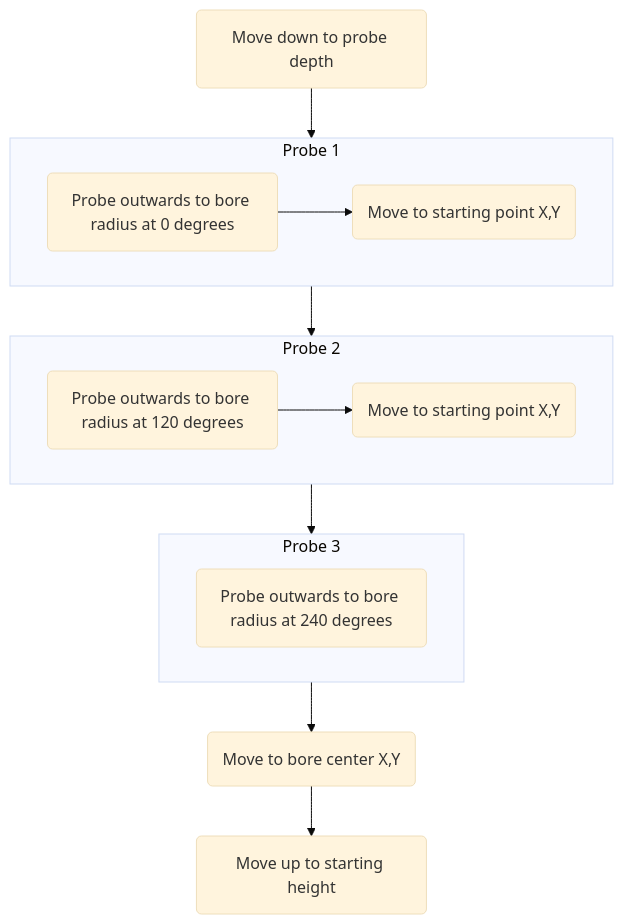
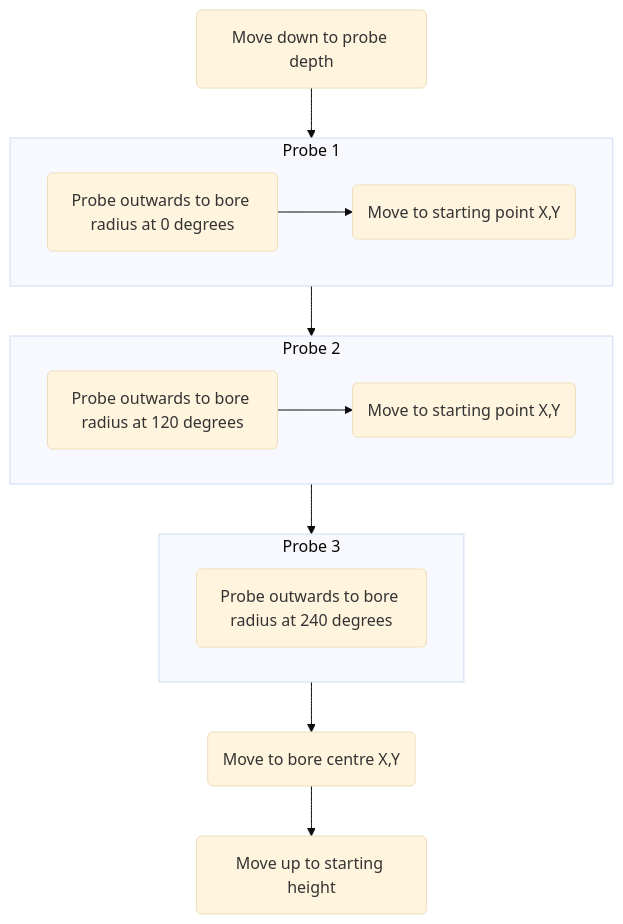
The fourth of 10 diagrams in docs/millennium-os/manual/chapters/30_usage.md (MillenniumMachines/millenniummachines.github.io), drawn with Mermaid (base theme) before and after one commit. The commit also changed other lines of this file and 2 other files, not shown here.

````diff
--- a/docs/millennium-os/manual/chapters/30_usage.md
+++ b/docs/millennium-os/manual/chapters/30_usage.md
@@ -251,19 +258,19 @@
 ```mermaid
 flowchart TB
     1(Move down to probe depth)
     subgraph P1[Probe 1]
         2(Probe outwards to bore radius at 0 degrees) -->
         3(Move to starting point X,Y)
     end
     subgraph P2[Probe 2]
         4(Probe outwards to bore radius at 120 degrees) -->
         5(Move to starting point X,Y)
     end
     subgraph P3[Probe 3]
         6(Probe outwards to bore radius at 240 degrees)
     end
-    7(Move to bore center X,Y) -->
+    7(Move to bore centre X,Y) -->
     8(Move up to starting height)
 
     1 --> P1 --> P2 --> P3 --> 7
 ```
````
